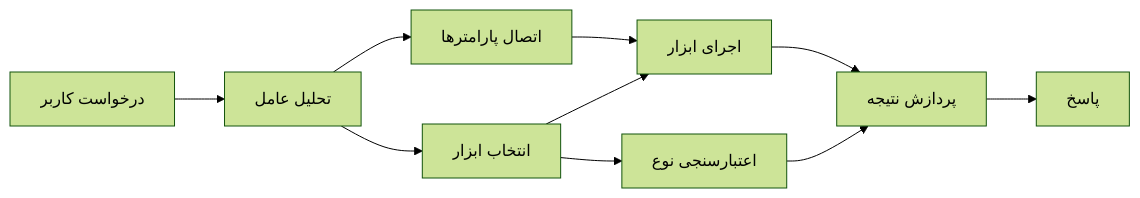
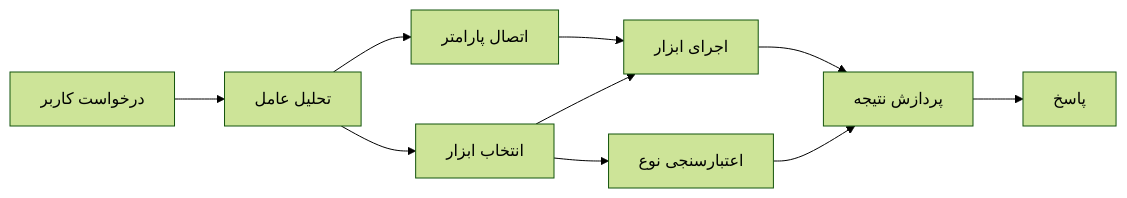
The diagram in translations/fa/04-tool-use/code_samples/04-dotnet-agent-framework.md (venturemavenwill/azureaifundamentals), drawn with Mermaid (forest theme) before and after one commit. The commit also changed other lines of this file and 2002 other files, not shown here.

````diff
--- a/translations/fa/04-tool-use/code_samples/04-dotnet-agent-framework.md
+++ b/translations/fa/04-tool-use/code_samples/04-dotnet-agent-framework.md
@@ -40,12 +40,12 @@
 ```mermaid
 graph LR
     A[درخواست کاربر] --> B[تحلیل عامل]
     B --> C[انتخاب ابزار]
     C --> D[اعتبارسنجی نوع]
-    B --> E[اتصال پارامترها]
+    B --> E[اتصال پارامتر]
     E --> F[اجرای ابزار]
     C --> F
     F --> G[پردازش نتیجه]
     D --> G
     G --> H[پاسخ]
 ```
````
